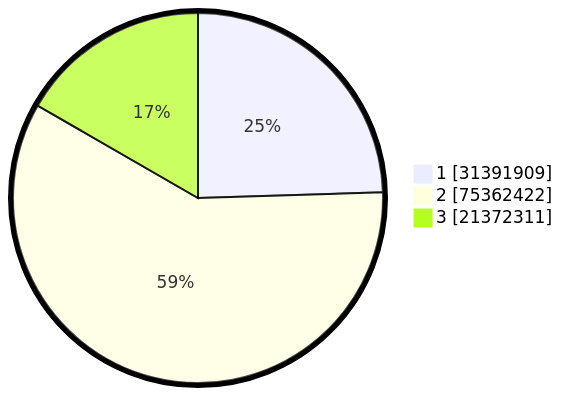
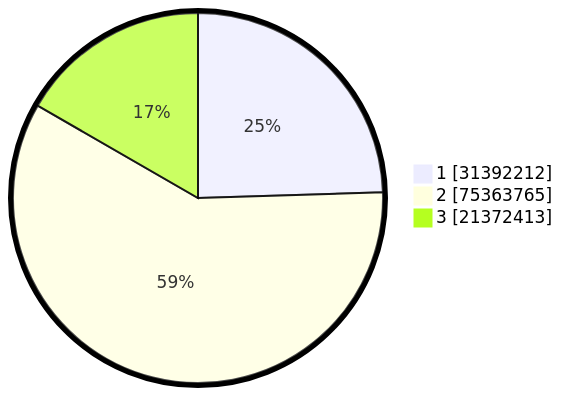
One commit to gigit-pemilu/pemilu-2024 changed the second of 2 diagrams in pilpres/hitung-suara/README.md. Above: the diagram before and after it, drawn with Mermaid. The commit also changed other lines of this file and 10 other files, not shown here.

````diff
--- a/pilpres/hitung-suara/README.md
+++ b/pilpres/hitung-suara/README.md
@@ -93,7 +93,7 @@
 ```mermaid
 %%{init: {"pie": {"textPosition": 0.5}, "themeVariables": {"pieOuterStrokeWidth": "5px"}} }%%
 pie showData
-    "1" : 31391909
-    "2" : 75362422
-    "3" : 21372311
+    "1" : 31392212
+    "2" : 75363765
+    "3" : 21372413
 ```
````
